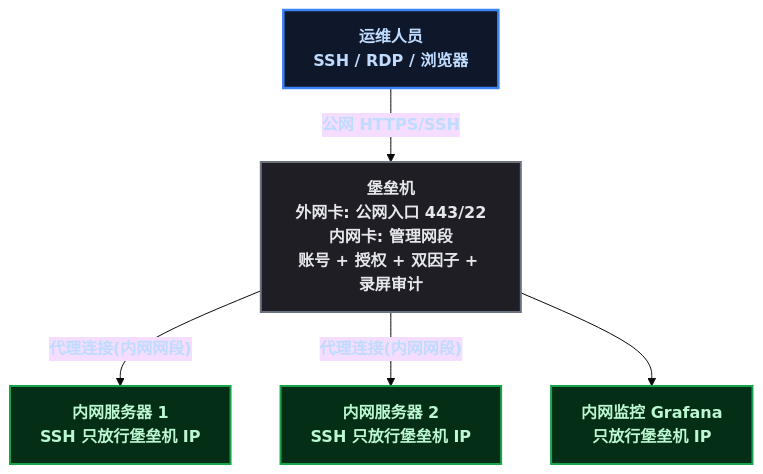
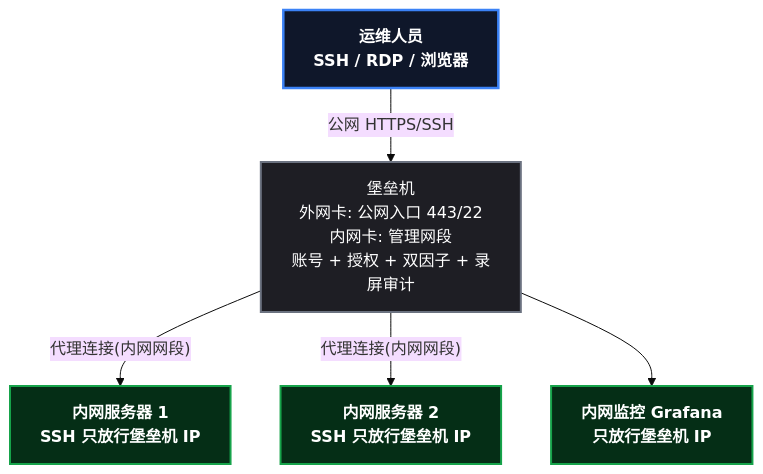
The second of 4 diagrams in content/posts/kubernetes/MonitoringAccessThreeWays.md (yaocat55/yaocat55.github.io), drawn with Mermaid (base theme) before and after one commit. The commit also changed other lines of this file and 27 other files, not shown here.

Commit message:
docs: 全系列 93 张 Mermaid 图 classDef 改为 style 强制深底白字(修复部分渲染器白底浅字)+历史文件格式清理

````diff
--- a/content/posts/kubernetes/MonitoringAccessThreeWays.md
+++ b/content/posts/kubernetes/MonitoringAccessThreeWays.md
@@ -100,22 +98,20 @@
 ```mermaid
 %% 方案B: 堡垒机 —— 公网入口收敛到一台守门员, 内网机器只认堡垒机
 flowchart TD
-    classDef root fill:#0f172a,stroke:#3b82f6,stroke-width:2.5px,color:#bfdbfe,font-weight:bold;
-    classDef process fill:#1e1e24,stroke:#6b7280,stroke-width:2px,color:#e5e7eb;
-    classDef data fill:#052e16,stroke:#16a34a,stroke-width:2px,color:#bbf7d0,font-weight:bold;
 
     ADMIN["运维人员\nSSH / RDP / 浏览器"]
     BAST["堡垒机\n外网卡: 公网入口 443/22\n内网卡: 管理网段\n账号 + 授权 + 双因子 + 录屏审计"]
     SVR1["内网服务器 1\nSSH 只放行堡垒机 IP"]
     SVR2["内网服务器 2\nSSH 只放行堡垒机 IP"]
     MON["内网监控 Grafana\n只放行堡垒机 IP"]
 
     ADMIN -->|"公网 HTTPS/SSH"| BAST
     BAST -->|"代理连接(内网网段)"| SVR1
     BAST -->|"代理连接(内网网段)"| SVR2
     BAST --> MON
-
-    class ADMIN root;
-    class BAST process;
-    class SVR1,SVR2,MON data;
+    style ADMIN fill:#0f172a,stroke:#3b82f6,stroke-width:2.5px,color:#ffffff,font-weight:bold
+    style BAST fill:#1e1e24,stroke:#6b7280,stroke-width:2px,color:#ffffff
+    style SVR1 fill:#052e16,stroke:#16a34a,stroke-width:2px,color:#ffffff,font-weight:bold
+    style SVR2 fill:#052e16,stroke:#16a34a,stroke-width:2px,color:#ffffff,font-weight:bold
+    style MON fill:#052e16,stroke:#16a34a,stroke-width:2px,color:#ffffff,font-weight:bold
 ```
````
